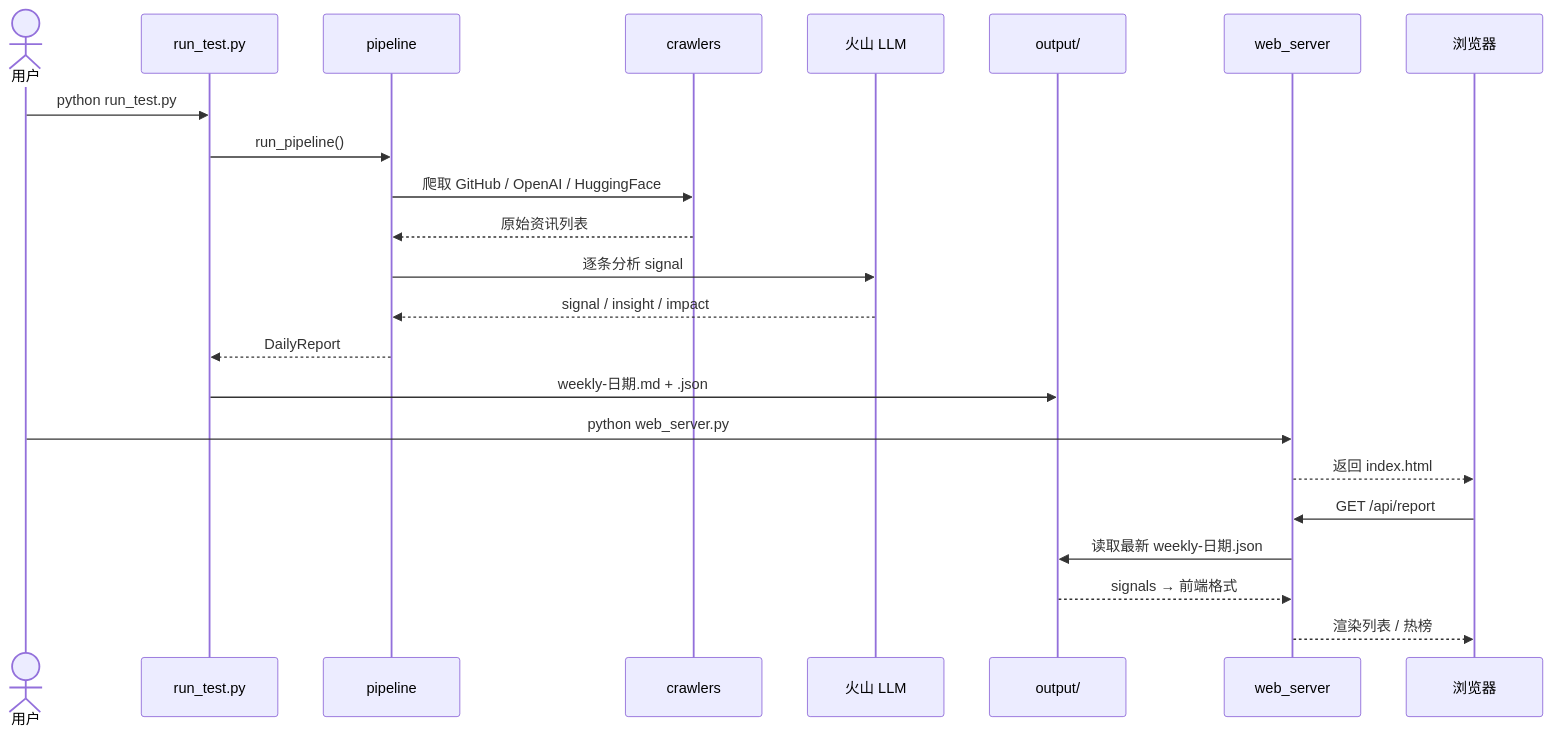
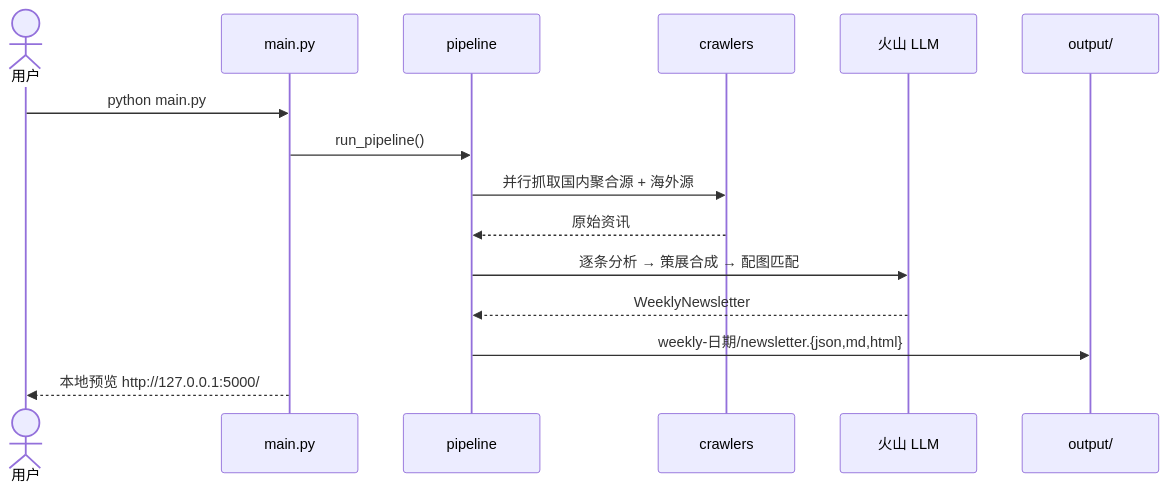
Before and after one commit to deerXXL/my-ai-weekly: the diagram in README.md, drawn with Mermaid. The commit also changed other lines of this file and 52 other files, not shown here.

````diff
--- a/README.md
+++ b/README.md
@@ -56,28 +93,18 @@
 ```mermaid
 sequenceDiagram
     actor U as 用户
-    participant R as run_test.py
+    participant M as main.py
     participant P as pipeline
     participant C as crawlers
     participant L as 火山 LLM
     participant O as output/
 
-    U->>R: python run_test.py
-    R->>P: run_pipeline()
-    P->>C: 爬取 GitHub / OpenAI / HuggingFace
-    C-->>P: 原始资讯列表
-    P->>L: 逐条分析 signal
-    L-->>P: signal / insight / impact
-    P-->>R: DailyReport
-    R->>O: weekly-日期.md + .json
-
-    U->>W: python web_server.py
-    participant W as web_server
-    participant B as 浏览器
-
-    W-->>B: 返回 index.html
-    B->>W: GET /api/report
-    W->>O: 读取最新 weekly-日期.json
-    O-->>W: signals → 前端格式
-    W-->>B: 渲染列表 / 热榜
+    U->>M: python main.py
+    M->>P: run_pipeline()
+    P->>C: 并行抓取国内聚合源 + 海外源
+    C-->>P: 原始资讯
+    P->>L: 逐条分析 → 策展合成 → 配图匹配
+    L-->>P: WeeklyNewsletter
+    P->>O: weekly-日期/newsletter.{json,md,html}
+    M-->>U: 本地预览 http://127.0.0.1:5000/
 ```
````
